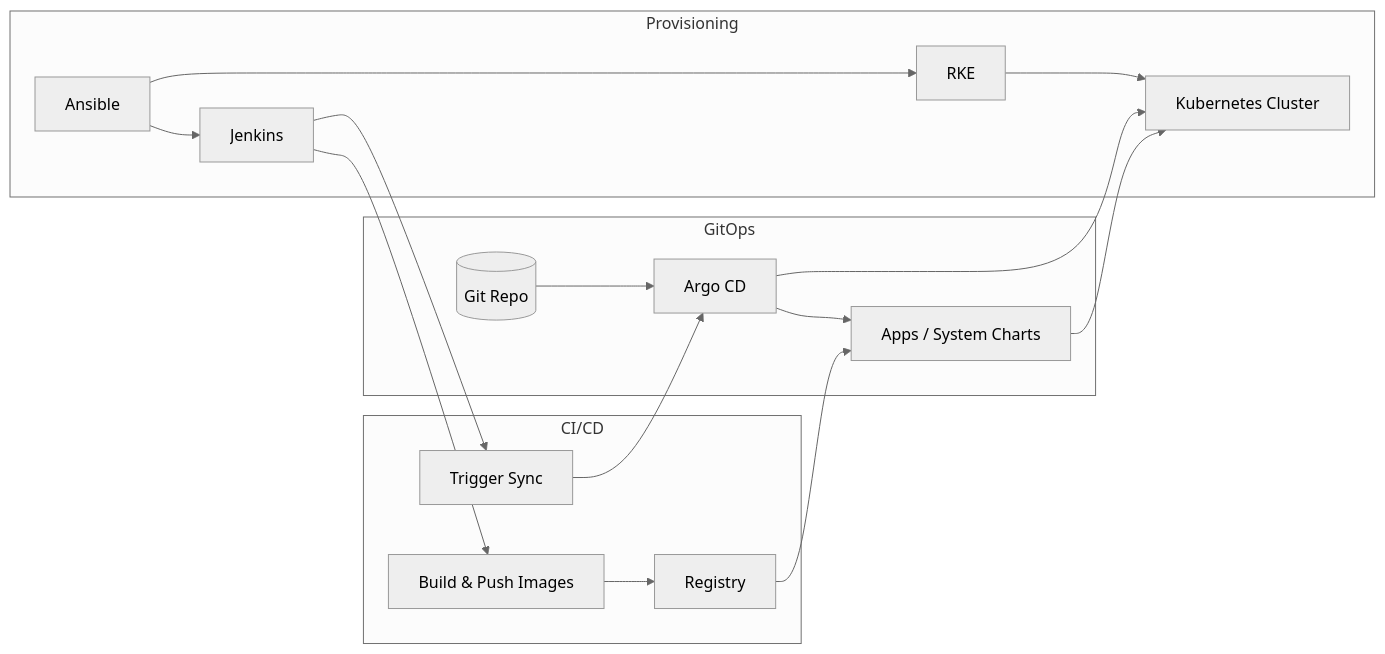
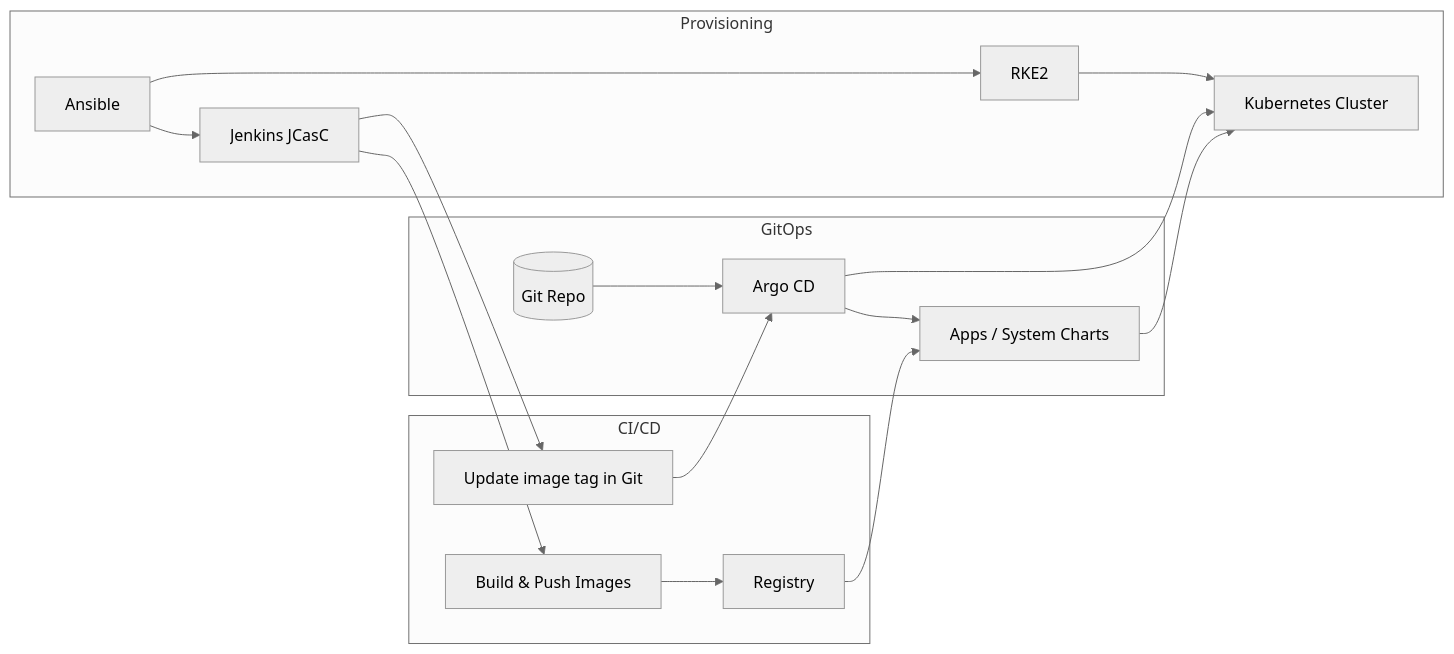
Before and after one commit to SritharanK/sk-k8s-devops-bootstrap: the diagram in README.md, drawn with Mermaid (neutral theme). The commit also changed other lines of this file, not shown here.

First line of the commit message:
docs(readme): overhaul README — config flow, deployment modes, core vs optional (#14)

````diff
--- a/README.md
+++ b/README.md
@@ -15,25 +18,25 @@
 ```mermaid
 flowchart LR
   subgraph Provisioning
-    A[Ansible] --> B[RKE]
+    A[Ansible] --> B[RKE2]
     B --> C[Kubernetes Cluster]
-    A --> D[Jenkins]
+    A --> D[Jenkins JCasC]
   end
 
   subgraph GitOps
     G[(Git Repo)]
     G --> E[Argo CD]
     E --> C
     E --> F[Apps / System Charts]
     F --> C
   end
 
   subgraph CI/CD
     D --> H[Build & Push Images]
     H --> I[Registry]
-    D --> J[Trigger Sync]
+    D --> J[Update image tag in Git]
     J --> E
   end
 
   I --> F
 ```
````
